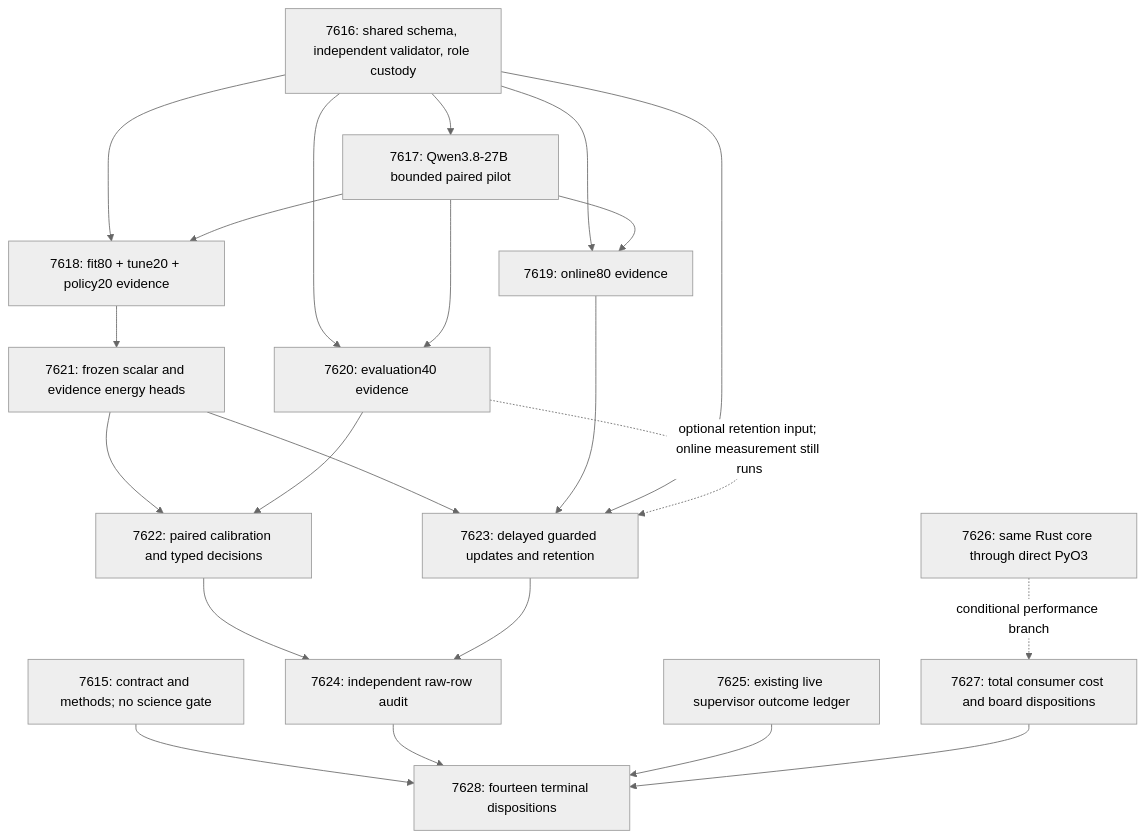
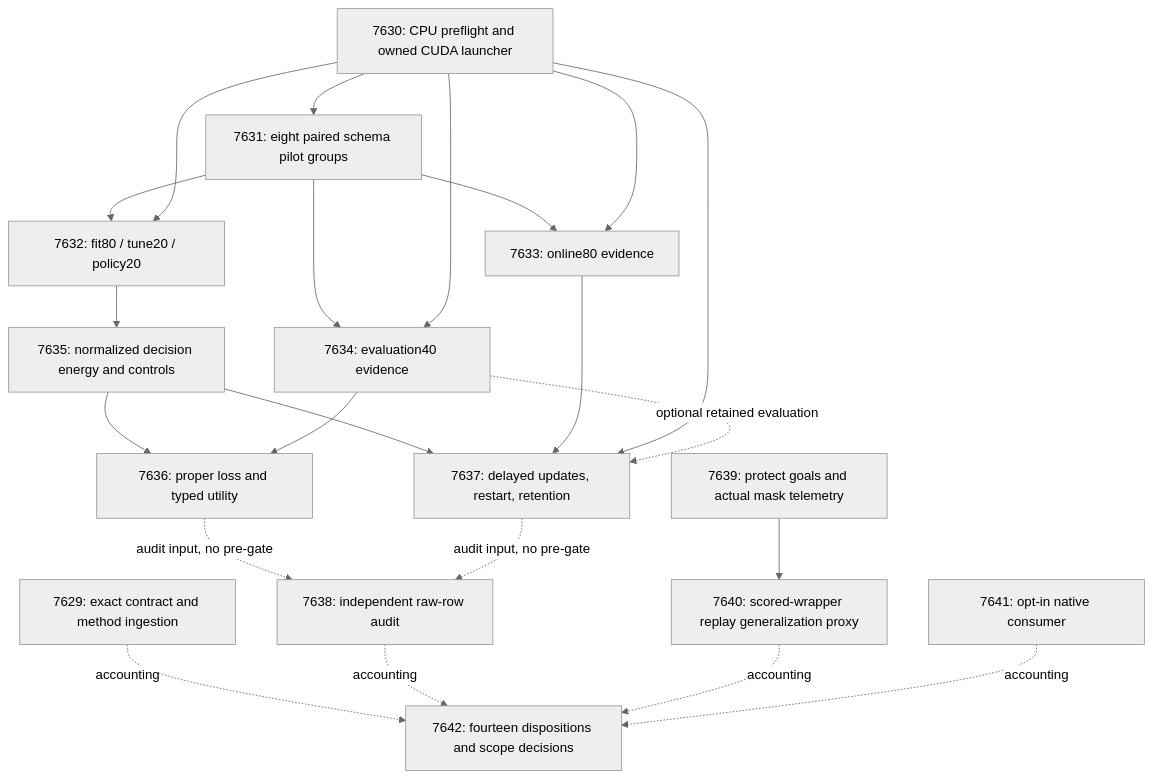
The diagram in openspec/change-proposals/research-roadmap-vNEXT.md (Carnot-EBM/carnot-ebm), drawn with Mermaid (neutral theme) before and after one commit. The commit also changed other lines of this file and 16 other files, not shown here.

````diff
--- a/openspec/change-proposals/research-roadmap-vNEXT.md
+++ b/openspec/change-proposals/research-roadmap-vNEXT.md
@@ -88,38 +88,38 @@
 ```mermaid
 flowchart TD
-    C[7615: contract and methods; no science gate]
-    S[7616: shared schema, independent validator, role custody]
-    Q[7617: Qwen3.8-27B bounded paired pilot]
-    F[7618: fit80 + tune20 + policy20 evidence]
-    O[7619: online80 evidence]
-    E[7620: evaluation40 evidence]
-    H[7621: frozen scalar and evidence energy heads]
-    D[7622: paired calibration and typed decisions]
-    L[7623: delayed guarded updates and retention]
-    A[7624: independent raw-row audit]
-    R[7625: existing live supervisor outcome ledger]
-    N[7626: same Rust core through direct PyO3]
-    B[7627: total consumer cost and board dispositions]
-    Z[7628: fourteen terminal dispositions]
-    S --> Q
-    S --> F
-    S --> O
-    S --> E
+    C[7629: exact contract and method ingestion]
+    R[7630: CPU preflight and owned CUDA launcher]
+    Q[7631: eight paired schema pilot groups]
+    F[7632: fit80 / tune20 / policy20]
+    O[7633: online80 evidence]
+    E[7634: evaluation40 evidence]
+    H[7635: normalized decision energy and controls]
+    D[7636: proper loss and typed utility]
+    L[7637: delayed updates, restart, retention]
+    A[7638: independent raw-row audit]
+    P[7639: protect goals and actual mask telemetry]
+    W[7640: scored-wrapper replay generalization proxy]
+    N[7641: opt-in native consumer]
+    Z[7642: fourteen dispositions and scope decisions]
+    R --> Q
     Q --> F
     Q --> O
     Q --> E
+    R --> F
+    R --> O
+    R --> E
     F --> H
     H --> D
     E --> D
     H --> L
     O --> L
-    S --> L
-    E -. optional retention input; online measurement still runs .-> L
-    D --> A
-    L --> A
-    N -. conditional performance branch .-> B
-    C --> Z
-    A --> Z
-    R --> Z
-    B --> Z
+    R --> L
+    E -. optional retained evaluation .-> L
+    D -. audit input, no pre-gate .-> A
+    L -. audit input, no pre-gate .-> A
+    P --> W
+    C -. accounting .-> Z
+    A -. accounting .-> Z
+    W -. accounting .-> Z
+    N -. accounting .-> Z
 ```
````
